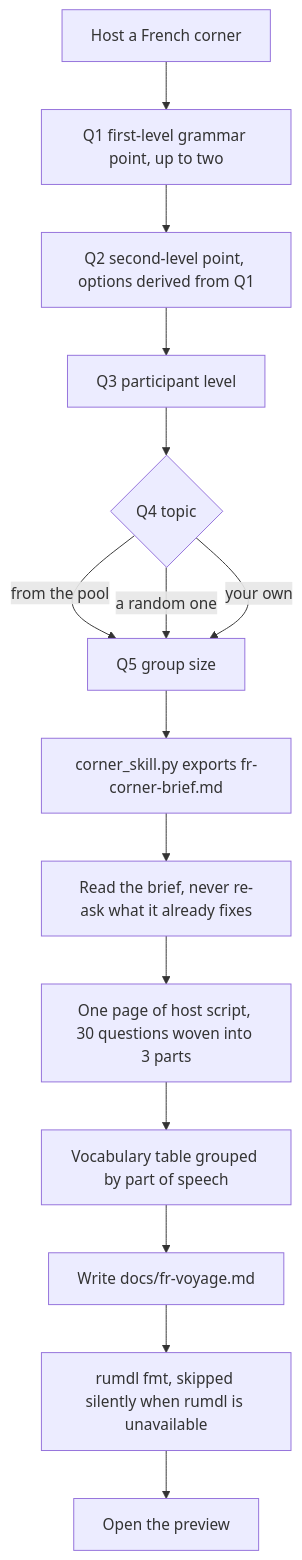
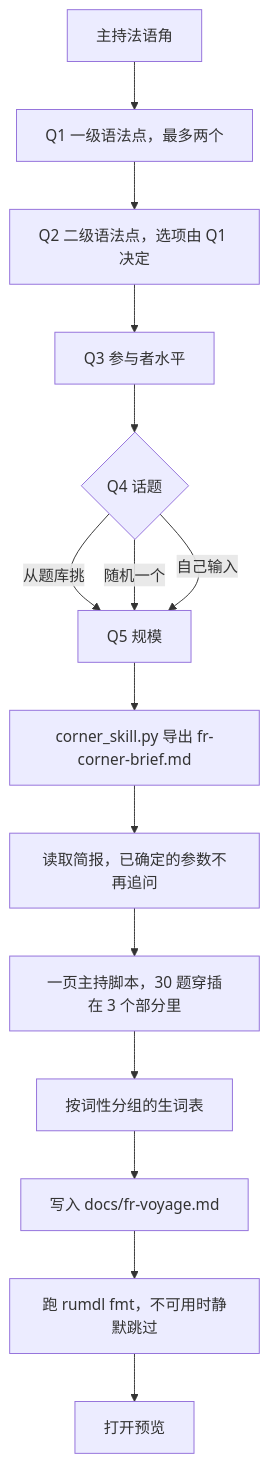
Before and after one commit to HHSTU-IST/skills: the fifth of 10 diagrams in README.md, drawn with Mermaid. The commit also changed other lines of this file and 2 other files, not shown here.

````diff
--- a/README.md
+++ b/README.md
@@ -426,17 +426,17 @@
 ```mermaid
 flowchart TD
-    A["Host a French corner"] --> Q1["Q1 first-level grammar point, up to two"]
-    Q1 --> Q2["Q2 second-level point, options derived from Q1"]
-    Q2 --> Q3["Q3 participant level"]
-    Q3 --> Q4{"Q4 topic"}
-    Q4 -->|from the pool| Q5
-    Q4 -->|a random one| Q5
-    Q4 -->|your own| Q5
-    Q5["Q5 group size"] --> B["corner_skill.py exports fr-corner-brief.md"]
-    B --> C["Read the brief, never re-ask what it already fixes"]
-    C --> D["One page of host script, 30 questions woven into 3 parts"]
-    D --> E["Vocabulary table grouped by part of speech"]
-    E --> F["Write docs/fr-voyage.md"]
-    F --> G["rumdl fmt, skipped silently when rumdl is unavailable"]
-    G --> H["Open the preview"]
+    A["主持法语角"] --> Q1["Q1 一级语法点，最多两个"]
+    Q1 --> Q2["Q2 二级语法点，选项由 Q1 决定"]
+    Q2 --> Q3["Q3 参与者水平"]
+    Q3 --> Q4{"Q4 话题"}
+    Q4 -->|从题库挑| Q5
+    Q4 -->|随机一个| Q5
+    Q4 -->|自己输入| Q5
+    Q5["Q5 规模"] --> B["corner_skill.py 导出 fr-corner-brief.md"]
+    B --> C["读取简报，已确定的参数不再追问"]
+    C --> D["一页主持脚本，30 题穿插在 3 个部分里"]
+    D --> E["按词性分组的生词表"]
+    E --> F["写入 docs/fr-voyage.md"]
+    F --> G["跑 rumdl fmt，不可用时静默跳过"]
+    G --> H["打开预览"]
 ```
````
